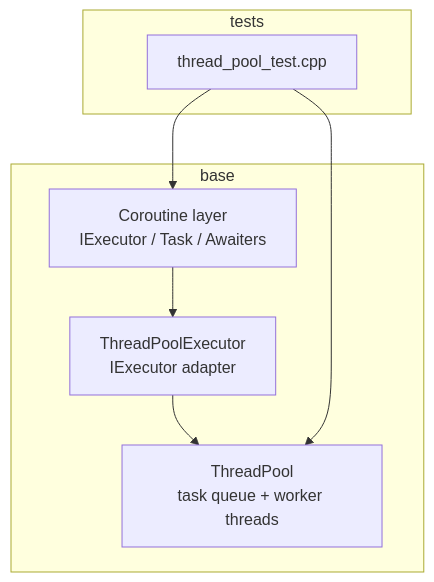
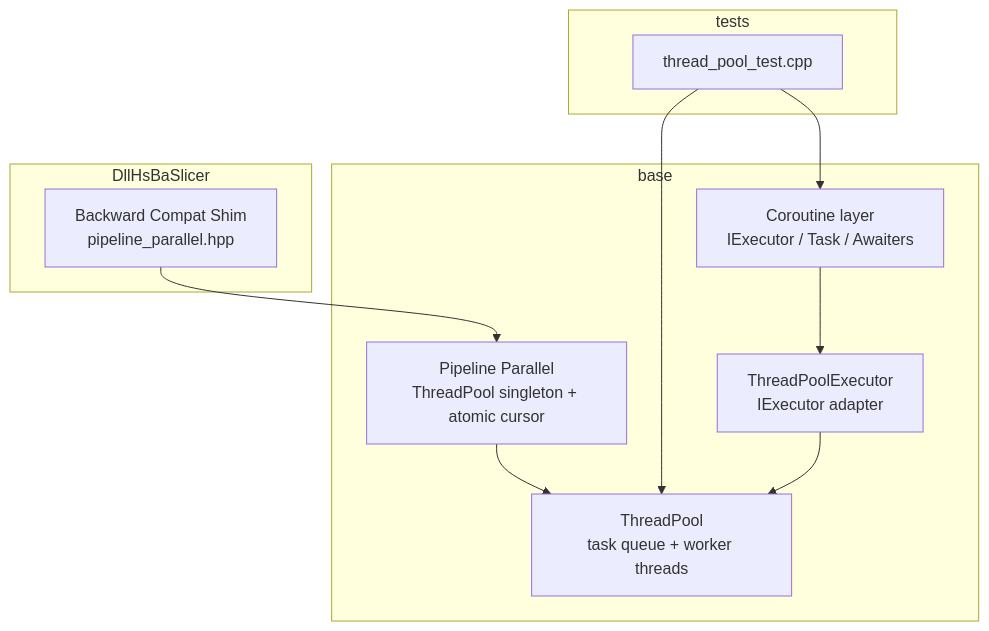
One commit to hsmbanlance/HsBaSlicer changed the first of 8 diagrams in .qoder/repowiki/en/content/Advanced Features/Parallel Processing.md. Above: the diagram before and after it, drawn with Mermaid. The commit also changed other lines of this file and 365 other files, not shown here.

````diff
--- a/.qoder/repowiki/en/content/Advanced Features/Parallel Processing.md
+++ b/.qoder/repowiki/en/content/Advanced Features/Parallel Processing.md
@@ -31,15 +49,21 @@
 ```mermaid
 graph TB
 subgraph "base"
 TP["ThreadPool<br/>task queue + worker threads"]
 TPE["ThreadPoolExecutor<br/>IExecutor adapter"]
 CE["Coroutine layer<br/>IExecutor / Task / Awaiters"]
+PP["Pipeline Parallel<br/>ThreadPool singleton + atomic cursor"]
+end
+subgraph "DllHsBaSlicer"
+BC["Backward Compat Shim<br/>pipeline_parallel.hpp"]
 end
 subgraph "tests"
 TPT["thread_pool_test.cpp"]
 end
 CE --> TPE
 TPE --> TP
+PP --> TP
+BC --> PP
 TPT --> TP
 TPT --> CE
 ```
````
